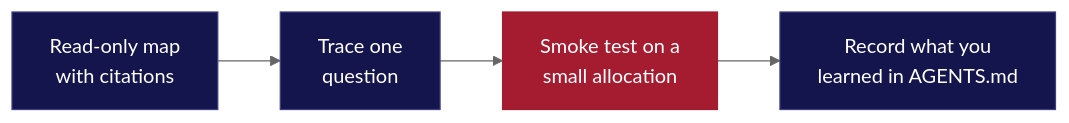
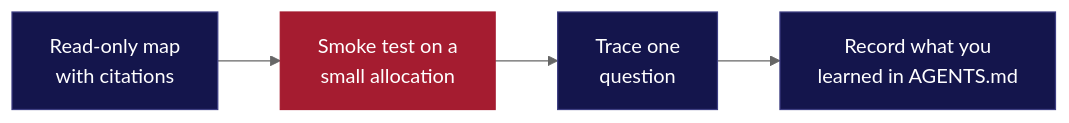
The diagram in kempner_computing_handbook/s5b_agentic_ai_workflows/unfamiliar_codebases.md (KempnerInstitute/kempner-computing-handbook), drawn with Mermaid (neutral theme) before and after one commit. The commit also changed other lines of this file and 16 other files, not shown here.

````diff
--- a/kempner_computing_handbook/s5b_agentic_ai_workflows/unfamiliar_codebases.md
+++ b/kempner_computing_handbook/s5b_agentic_ai_workflows/unfamiliar_codebases.md
@@ -5,10 +5,10 @@
 ```{mermaid}
 flowchart LR
-    R["Read-only map<br/>with citations"] --> T["Trace one<br/>question"]
-    T --> S["Smoke test on a<br/>small allocation"]
-    S --> N["Record what you<br/>learned in AGENTS.md"]
+    R["Read-only map<br/>with citations"] --> S["Smoke test on a<br/>small allocation"]
+    S --> T["Trace one<br/>question"]
+    T --> N["Record what you<br/>learned in AGENTS.md"]
     classDef s fill:#14154C,color:#ffffff,stroke:#3D3E82;
     classDef v fill:#A51C30,color:#ffffff,stroke:#A51C30;
     class R,T,N s;
     class S v;
 ```
````
